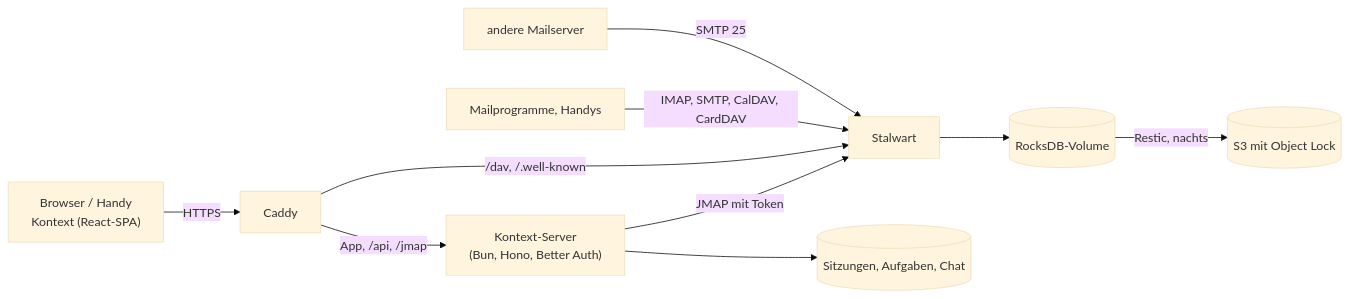
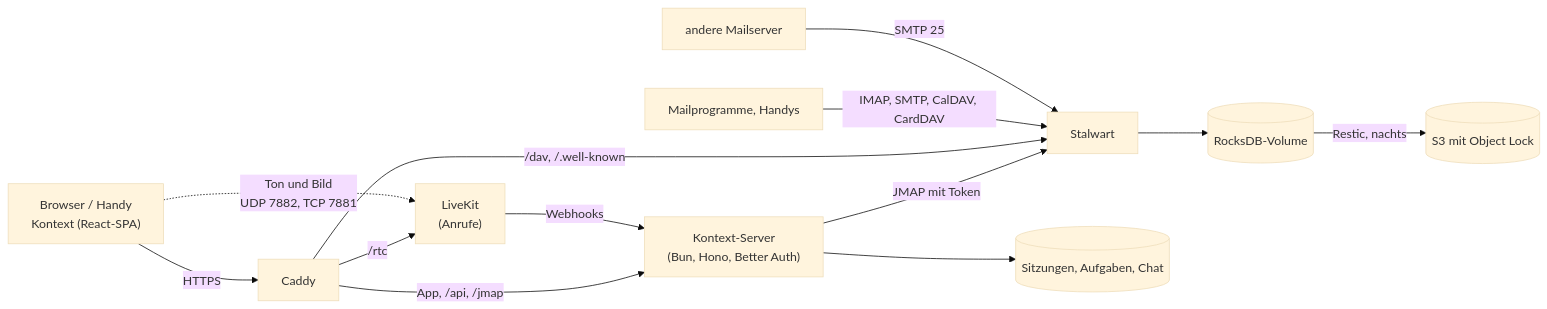
The diagram in docs/architecture.md (firsttris/kontext), drawn with Mermaid (base theme) before and after one commit. The commit also changed other lines of this file and 44 other files, not shown here.

````diff
--- a/docs/architecture.md
+++ b/docs/architecture.md
@@ -3,12 +3,15 @@
 ```mermaid
 flowchart LR
   Browser["Browser / Handy<br>Kontext (React-SPA)"] -->|HTTPS| Caddy
   Caddy -->|"App, /api, /jmap"| Server["Kontext-Server<br>(Bun, Hono, Better Auth)"]
   Server -->|"JMAP mit Token"| Stalwart
   Server --> SQLite[("Sitzungen, Aufgaben, Chat")]
+  Caddy -->|"/rtc"| LiveKit["LiveKit<br>(Anrufe)"]
+  Browser -.->|"Ton und Bild<br>UDP 7882, TCP 7881"| LiveKit
+  LiveKit -->|Webhooks| Server
   Caddy -->|"/dav, /.well-known"| Stalwart
   Clients["Mailprogramme, Handys"] -->|"IMAP, SMTP, CalDAV, CardDAV"| Stalwart
   Internet["andere Mailserver"] -->|SMTP 25| Stalwart
   Stalwart --> Daten[("RocksDB-Volume")]
   Daten -->|Restic, nachts| S3[("S3 mit Object Lock")]
 ```
````
